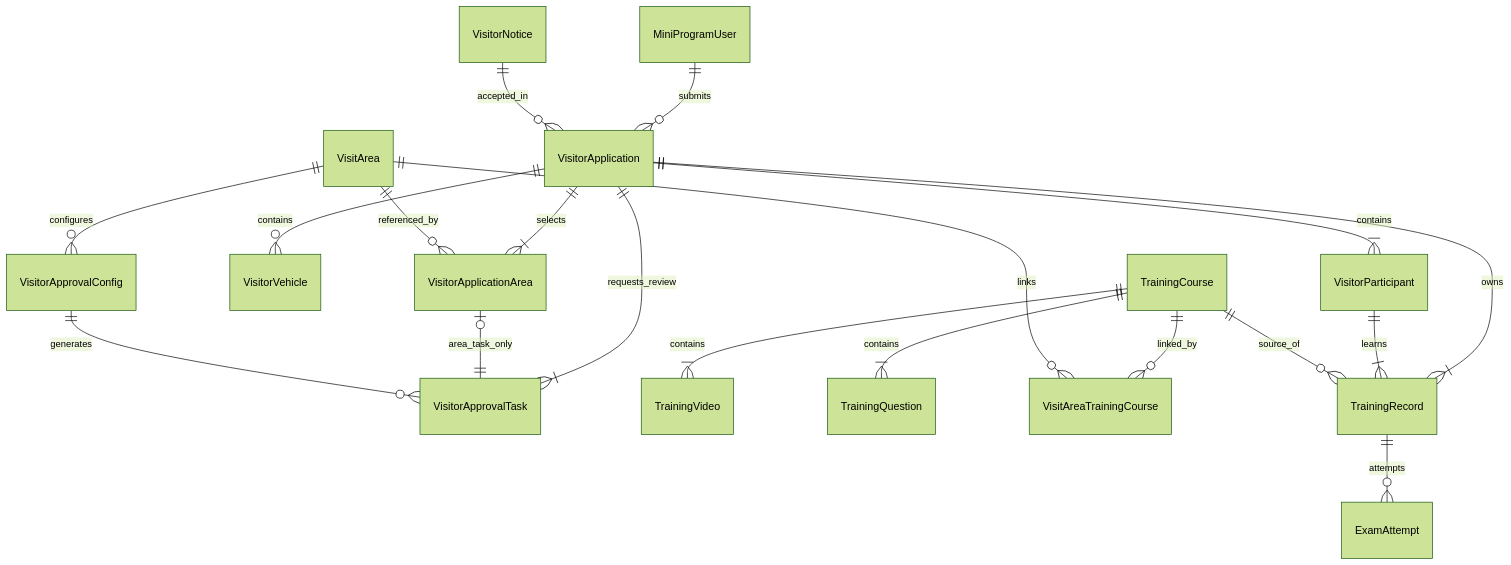
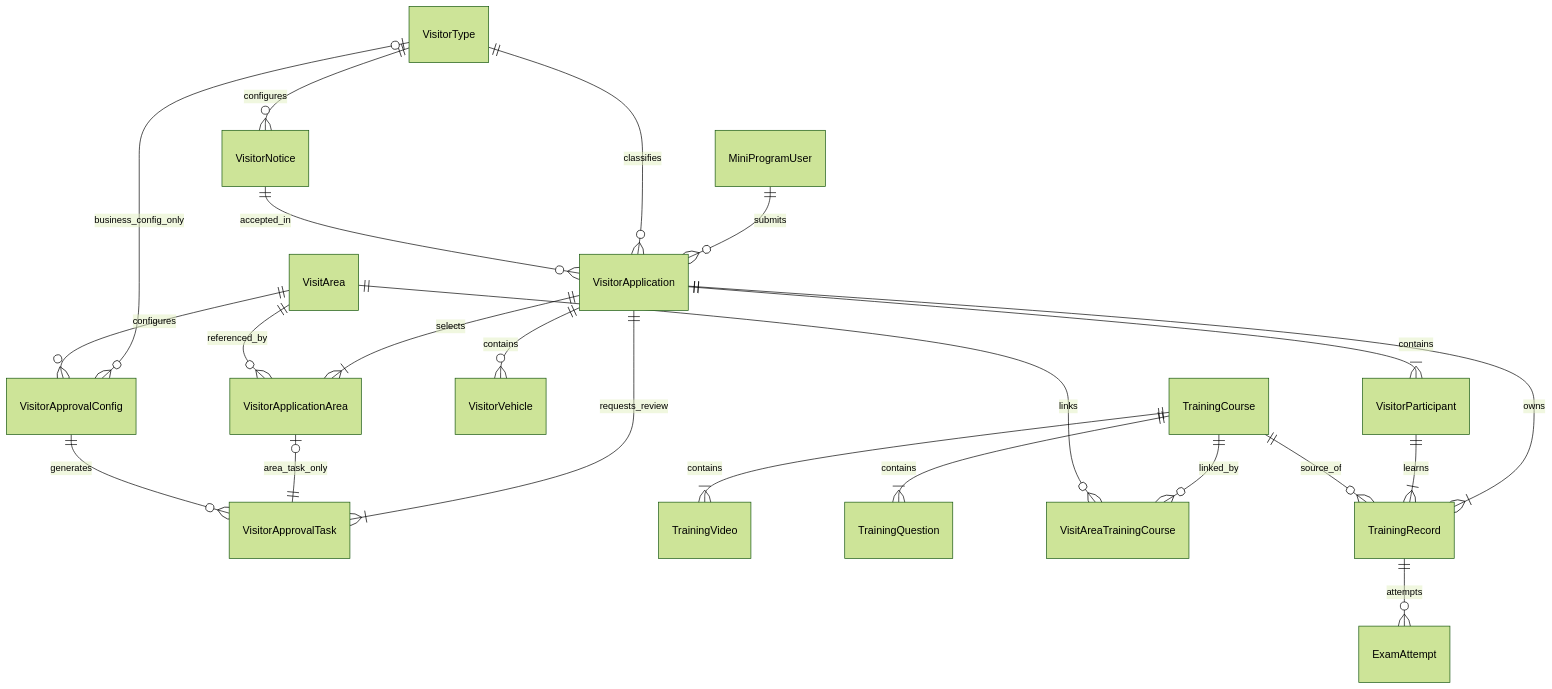
The second of 2 diagrams in doc/VisitSafe-Backend-SPEC.md (neozhu/visit-traning-client), drawn with Mermaid (forest theme) before and after one commit. The commit also changed other lines of this file, not shown here.

Commit message:
feat: update VisitSafe backend specification with refined VisitorType and application process details

````diff
--- a/doc/VisitSafe-Backend-SPEC.md
+++ b/doc/VisitSafe-Backend-SPEC.md
@@ -517,21 +567,24 @@
 ```mermaid
 erDiagram
     MiniProgramUser ||--o{ VisitorApplication : submits
+    VisitorType ||--o{ VisitorApplication : classifies
+    VisitorType ||--o{ VisitorNotice : configures
+    VisitorType |o--o{ VisitorApprovalConfig : business_config_only
     VisitorApplication ||--|{ VisitorParticipant : contains
     VisitorApplication ||--o{ VisitorVehicle : contains
     VisitorApplication ||--|{ VisitorApplicationArea : selects
     VisitArea ||--o{ VisitorApplicationArea : referenced_by
     VisitorApplication ||--|{ VisitorApprovalTask : requests_review
     VisitorApplicationArea |o--|| VisitorApprovalTask : area_task_only
     VisitArea ||--o{ VisitorApprovalConfig : configures
     VisitorApprovalConfig ||--o{ VisitorApprovalTask : generates
     VisitorNotice ||--o{ VisitorApplication : accepted_in
     TrainingCourse ||--|{ TrainingVideo : contains
     TrainingCourse ||--|{ TrainingQuestion : contains
     TrainingCourse ||--o{ VisitAreaTrainingCourse : linked_by
     VisitArea ||--o{ VisitAreaTrainingCourse : links
     VisitorApplication ||--|{ TrainingRecord : owns
     VisitorParticipant ||--|{ TrainingRecord : learns
     TrainingCourse ||--o{ TrainingRecord : source_of
     TrainingRecord ||--o{ ExamAttempt : attempts
 ```
````
